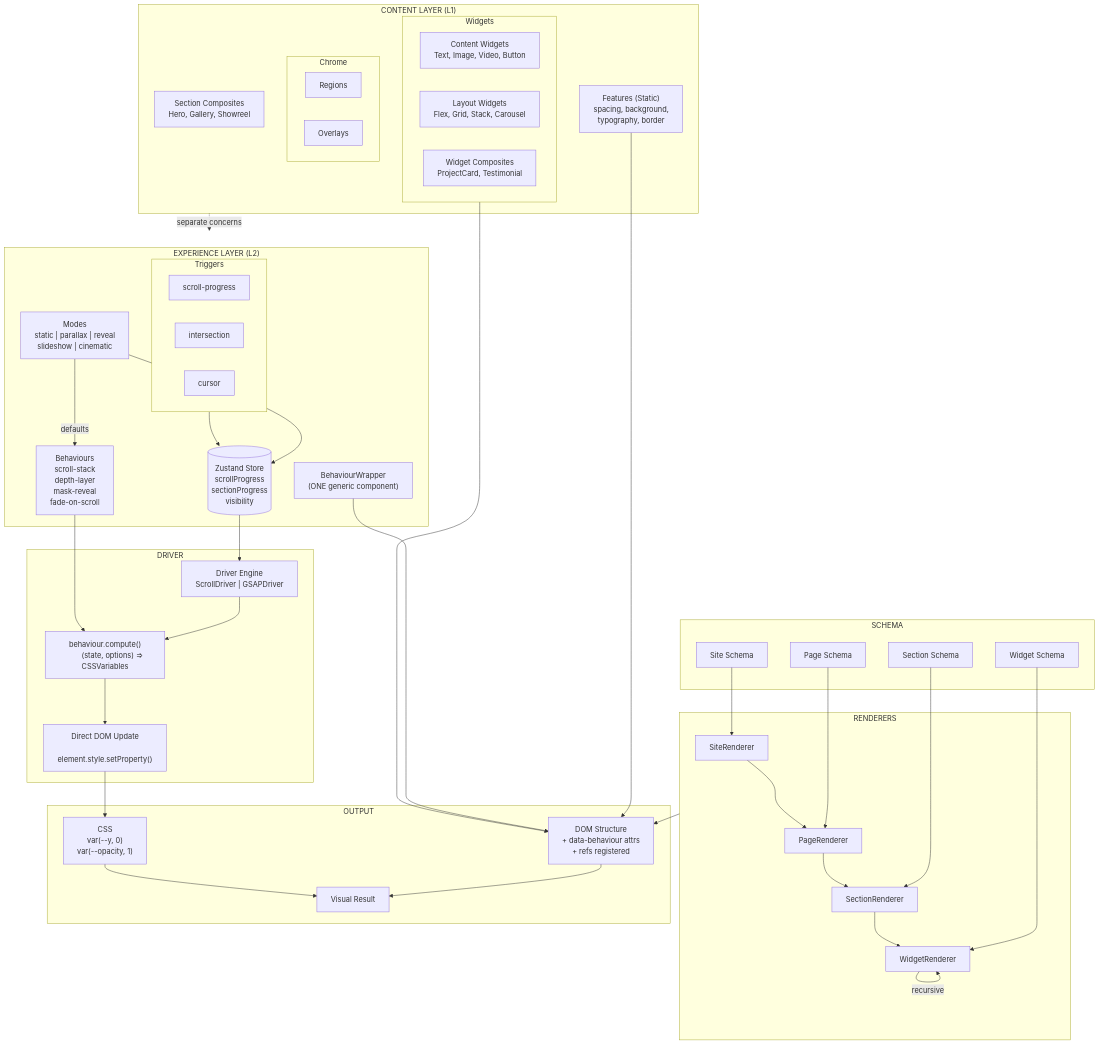
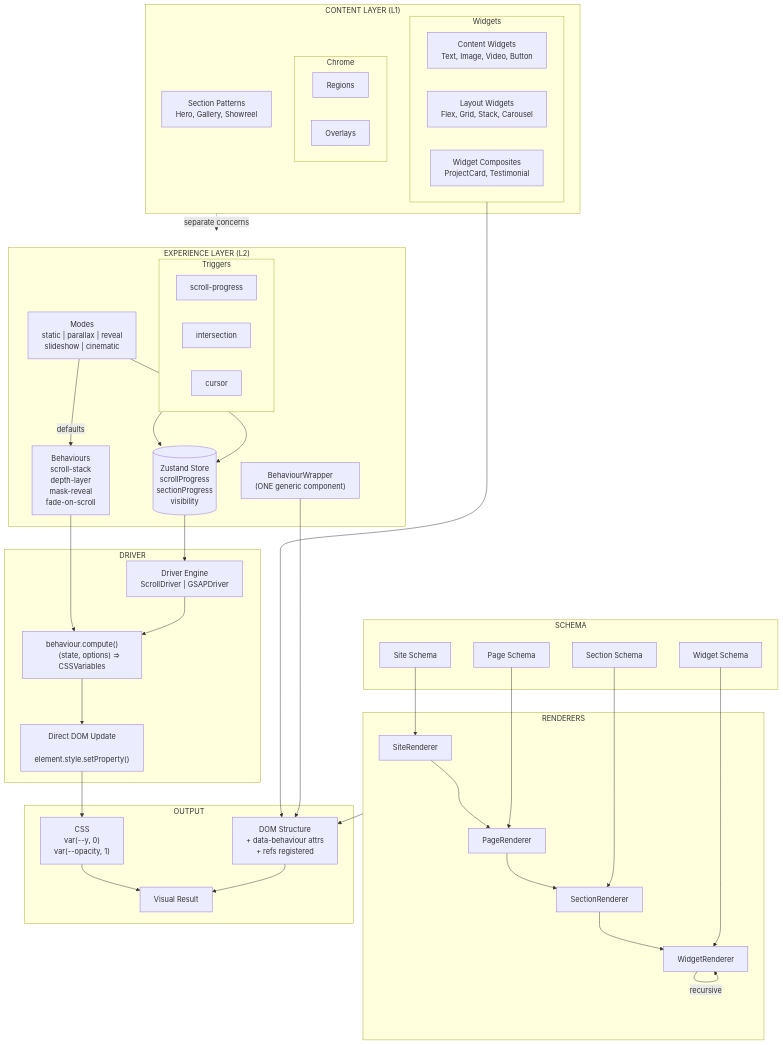
Before and after one commit to juhlanimation/creativeshire-engine: the second of 15 diagrams in .claude/skills/creativeshire/specs/diagrams/index.spec.md, drawn with Mermaid. The commit also changed other lines of this file and 271 other files, not shown here.

First line of the commit message:
feat: comprehensive architecture documentation and multi-page support

```diff
--- a/.claude/skills/creativeshire/specs/diagrams/index.spec.md
+++ b/.claude/skills/creativeshire/specs/diagrams/index.spec.md
@@ -127,12 +126,8 @@
             ProjectCard, Testimonial"]
         end
 
-        SectionComposites["Section Composites
+        SectionComposites["Section Patterns
         Hero, Gallery, Showreel"]
-
-        FeaturesC["Features (Static)
-        spacing, background,
-        typography, border"]
     end
 
     subgraph Experience["EXPERIENCE LAYER (L2)"]
@@ -205,7 +200,6 @@
 
     %% Content to Output
     Renderers --> DOM
-    FeaturesC --> DOM
     WidgetsC --> DOM
     BehaviourWrapper --> DOM
 
```
